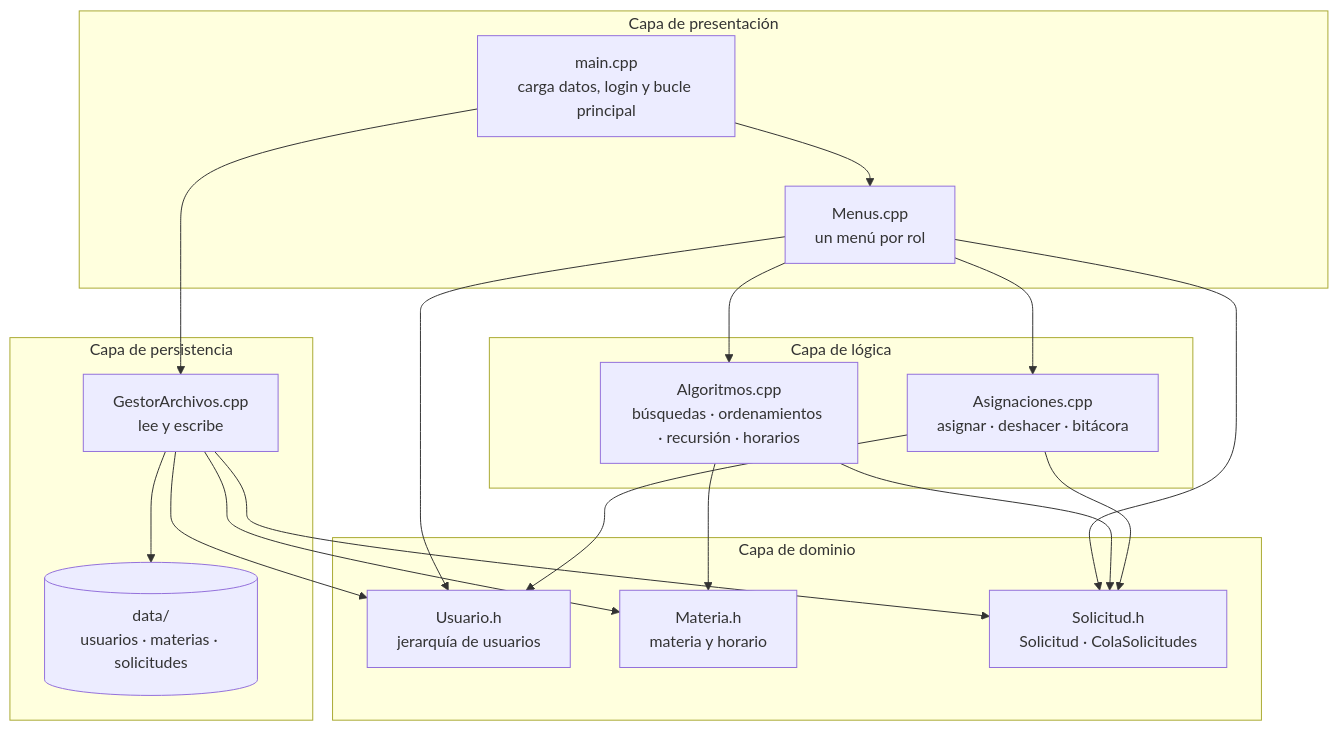
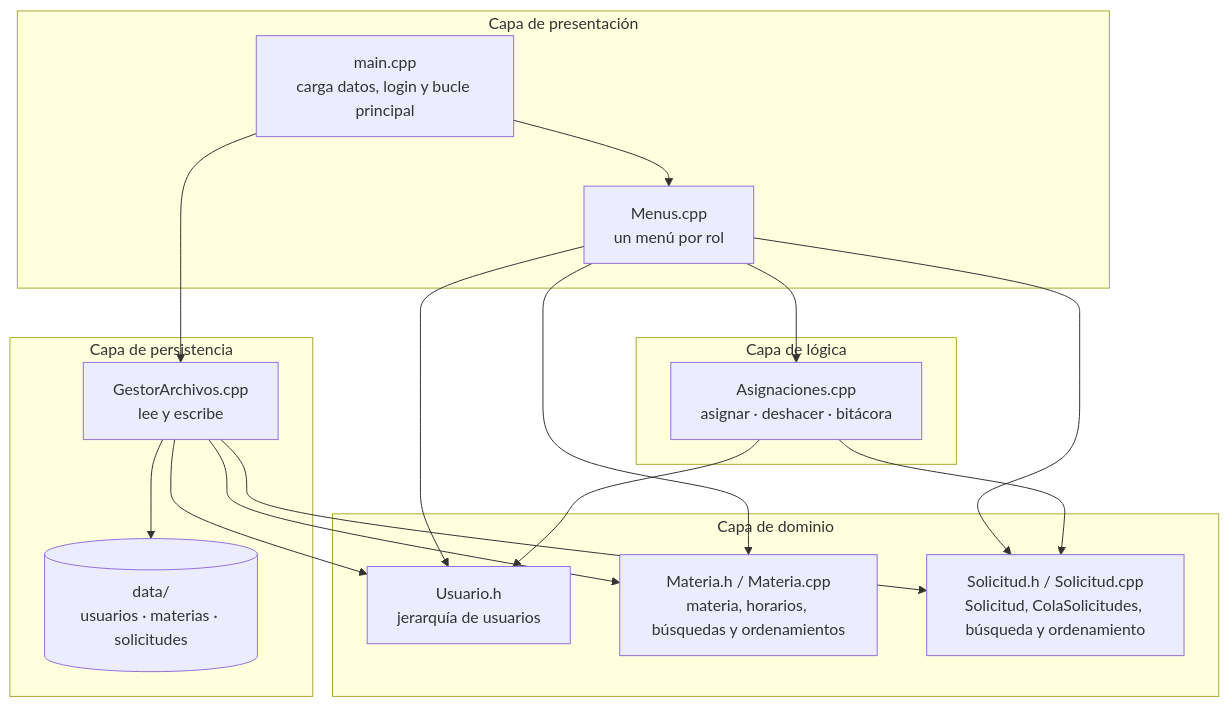
Before and after one commit to worksedu-prog/Algoritmos-2026-S2-PROYECTO: the first of 4 diagrams in README.md, drawn with Mermaid. The commit also changed other lines of this file and 15 other files, not shown here.

````diff
--- a/README.md
+++ b/README.md
@@ -121,34 +121,31 @@
 ```mermaid
 flowchart TB
     subgraph PRES[Capa de presentación]
         MAIN[main.cpp<br/>carga datos, login y bucle principal]
         MENUS[Menus.cpp<br/>un menú por rol]
     end
     subgraph LOGI[Capa de lógica]
-        ALG[Algoritmos.cpp<br/>búsquedas · ordenamientos · recursión · horarios]
         ASG[Asignaciones.cpp<br/>asignar · deshacer · bitácora]
     end
     subgraph DOMI[Capa de dominio]
         USR[Usuario.h<br/>jerarquía de usuarios]
-        MAT[Materia.h<br/>materia y horario]
-        SOL[Solicitud.h<br/>Solicitud · ColaSolicitudes]
+        MAT[Materia.h / Materia.cpp<br/>materia, horarios, búsquedas y ordenamientos]
+        SOL[Solicitud.h / Solicitud.cpp<br/>Solicitud, ColaSolicitudes, búsqueda y ordenamiento]
     end
     subgraph PERS[Capa de persistencia]
         GA[GestorArchivos.cpp<br/>lee y escribe]
         DATA[(data/<br/>usuarios · materias · solicitudes)]
     end
     MAIN --> MENUS
     MAIN --> GA
-    MENUS --> ALG
+    MENUS --> MAT
     MENUS --> ASG
     MENUS --> USR
     MENUS --> SOL
-    ALG --> MAT
-    ALG --> SOL
     ASG --> USR
     ASG --> SOL
     GA --> USR
     GA --> MAT
     GA --> SOL
     GA --> DATA
 ```
````
